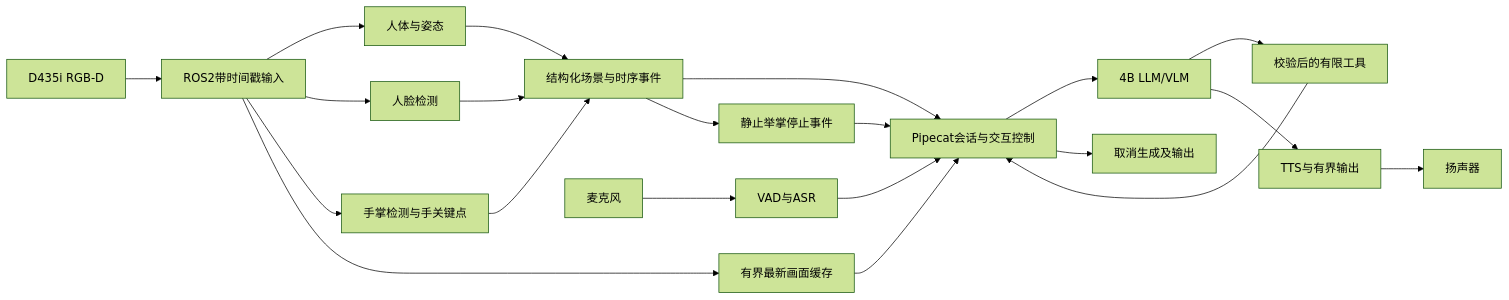
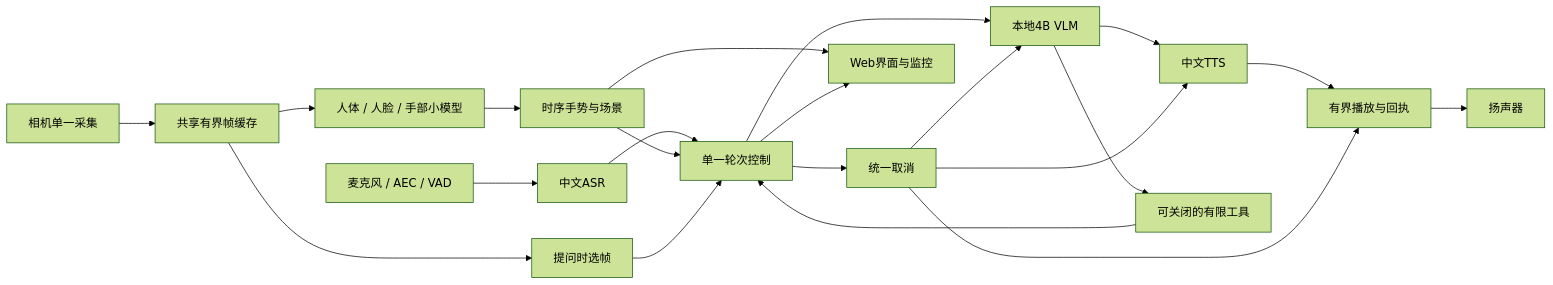
Before and after one commit to Qin-tuo/Multi_Model_Inference: the diagram in 02-jetson-multimodel-inference.md, drawn with Mermaid (forest theme). The commit also changed other lines of this file and 12 other files, not shown here.

````diff
--- a/02-jetson-multimodel-inference.md
+++ b/02-jetson-multimodel-inference.md
@@ -110,23 +153,23 @@
 ```mermaid
 flowchart LR
-    Camera[D435i RGB-D] --> ROS[ROS2带时间戳输入]
-    ROS --> Body[人体与姿态]
-    ROS --> Face[人脸检测]
-    ROS --> Palm[手掌检测与手关键点]
-    Body --> Scene[结构化场景与时序事件]
-    Face --> Scene
-    Palm --> Scene
-    Scene --> Control[Pipecat会话与交互控制]
-    Mic[麦克风] --> VAD[VAD与ASR]
-    VAD --> Control
-    ROS --> Frame[有界最新画面缓存]
-    Frame --> Control
-    Control --> VLM[4B LLM/VLM]
-    VLM --> Tools[校验后的有限工具]
-    Tools --> Control
-    VLM --> TTS[TTS与有界输出]
-    TTS --> Speaker[扬声器]
-    Scene --> Stop[静止举掌停止事件]
-    Stop --> Control
-    Control --> Cancel[取消生成及输出]
+  Cam[相机单一采集] --> Buffer[共享有界帧缓存]
+  Buffer --> Vision[人体 / 人脸 / 手部小模型]
+  Vision --> Events[时序手势与场景]
+  Buffer --> Select[提问时选帧]
+  Mic[麦克风 / AEC / VAD] --> ASR[中文ASR]
+  ASR --> Turn[单一轮次控制]
+  Events --> Turn
+  Select --> Turn
+  Turn --> VLM[本地4B VLM]
+  VLM --> TTS[中文TTS]
+  TTS --> Out[有界播放与回执]
+  Out --> Speaker[扬声器]
+  VLM --> Tools[可关闭的有限工具]
+  Tools --> Turn
+  Turn --> Cancel[统一取消]
+  Cancel --> VLM
+  Cancel --> TTS
+  Cancel --> Out
+  Events --> Web[Web界面与监控]
+  Turn --> Web
 ```
````
